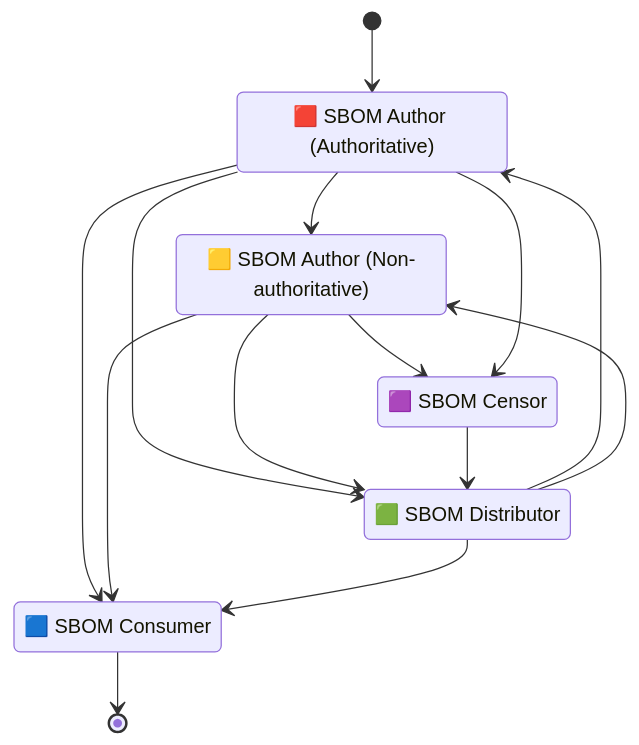
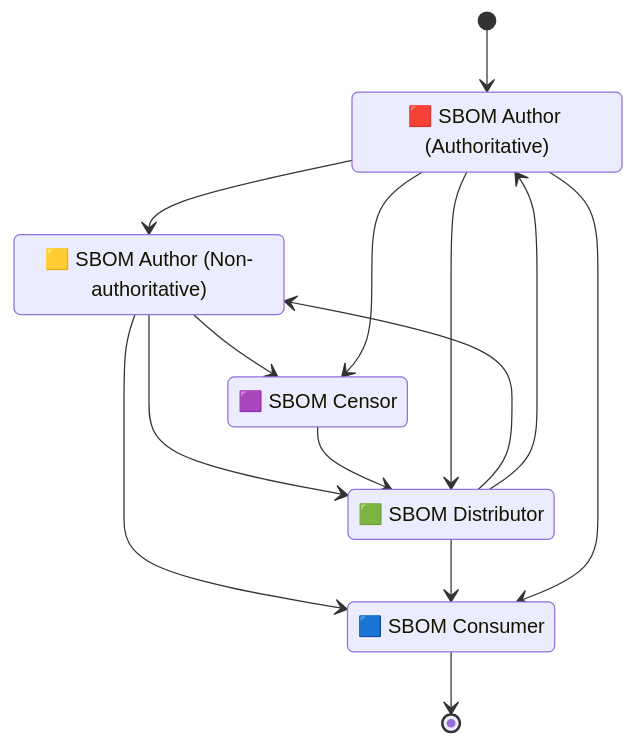
One commit to CPAN-Security/security.metacpan.org changed the second of 3 diagrams in docs/supplychain-sbom.md. Above: the diagram before and after it, drawn with Mermaid. The commit also changed other lines of this file, not shown here.

First line of the commit message:
Update & cleanup of big graph with new fields

````diff
--- a/docs/supplychain-sbom.md
+++ b/docs/supplychain-sbom.md
@@ -120,28 +120,28 @@
 ```mermaid
 stateDiagram-v2
     direction TB
     accTitle: Metadata Roles and Operations
 
     state "🟥 SBOM Author (Authoritative)" as sbom_author
     state "🟨 SBOM Author (Non-authoritative)" as sbom_assembler
     state "🟩 SBOM Distributor" as sbom_distributor
     state "🟦 SBOM Consumer" as sbom_consumer
     state "🟪 SBOM Censor" as sbom_censor
 
     [*]              --> sbom_author
+    sbom_distributor --> sbom_assembler
     sbom_distributor --> sbom_author
-    sbom_distributor --> sbom_assembler
     sbom_author      --> sbom_assembler
     sbom_assembler   --> sbom_censor
     sbom_author      --> sbom_censor
-    sbom_author      --> sbom_distributor
     sbom_assembler   --> sbom_distributor
     sbom_censor      --> sbom_distributor
-    sbom_author      --> sbom_consumer
+    sbom_author      --> sbom_distributor
     sbom_assembler   --> sbom_consumer
     sbom_distributor --> sbom_consumer
+    sbom_author      --> sbom_consumer
     sbom_consumer    --> [*]
 
     %% Copyright © 2024 Salve J. Nilsen <sjn@oslo.pm>
     %% Some rights reserved. Licenced CC-BY-SA-4.0
 ```
````
